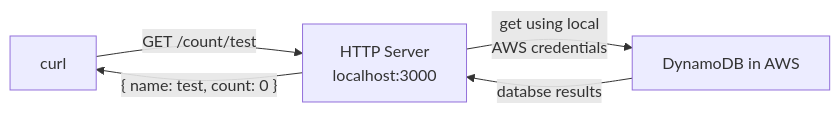
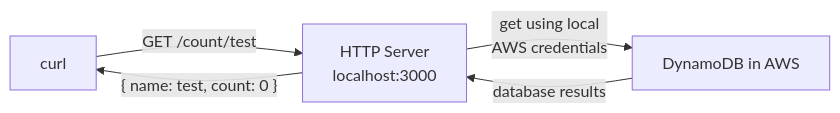
One commit to a-h/serverless-testing changed the third of 4 diagrams in slides/slidev/slides.md. Above: the diagram before and after it, drawn with Mermaid. The commit also changed other lines of this file and 3 other files, not shown here.

````diff
--- a/slides/slidev/slides.md
+++ b/slides/slidev/slides.md
@@ -847,7 +848,7 @@
 ```mermaid
 flowchart LR
     curl --"GET /count/test"--> https[HTTP Server\nlocalhost:3000]
     https --"get using local\nAWS credentials"--> db[DynamoDB in AWS]
-    db --"databse results"-->https
+    db --"database results"-->https
     https --"{ name: test, count: 0 }"--> curl
 ```
````
